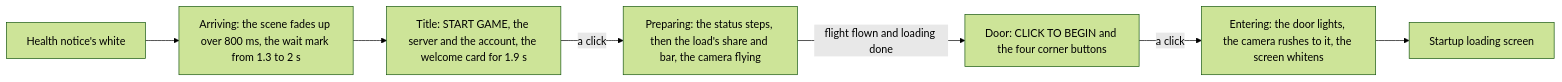
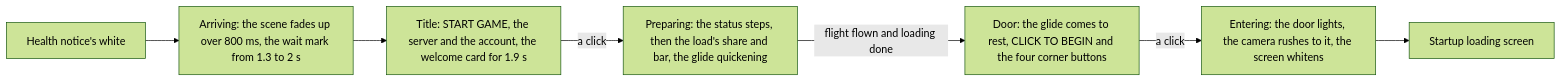
Before and after one commit to Esposter/Esposter: the first of 2 diagrams in apps/web/content/docs/genshin/login-screen.md, drawn with Mermaid (forest theme). The commit also changed other lines of this file and 20 other files, not shown here.

First line of the commit message:
feat(genshin-world): glide the login's world toward a still camera, its walkway assembling ahead

````diff
--- a/apps/web/content/docs/genshin/login-screen.md
+++ b/apps/web/content/docs/genshin/login-screen.md
@@ -12,9 +12,9 @@
 ```mermaid
 flowchart LR
   N[Health notice's white] --> A[Arriving: the scene fades up over 800 ms, the wait mark from 1.3 to 2 s]
   A --> T[Title: START GAME, the server and the account, the welcome card for 1.9 s]
-  T -->|a click| P[Preparing: the status steps, then the load's share and bar, the camera flying]
-  P -->|"flight flown and loading done"| D[Door: CLICK TO BEGIN and the four corner buttons]
+  T -->|a click| P[Preparing: the status steps, then the load's share and bar, the glide quickening]
+  P -->|"flight flown and loading done"| D[Door: the glide comes to rest, CLICK TO BEGIN and the four corner buttons]
   D -->|a click| E[Entering: the door lights, the camera rushes to it, the screen whitens]
   E --> S[Startup loading screen]
 ```
````
